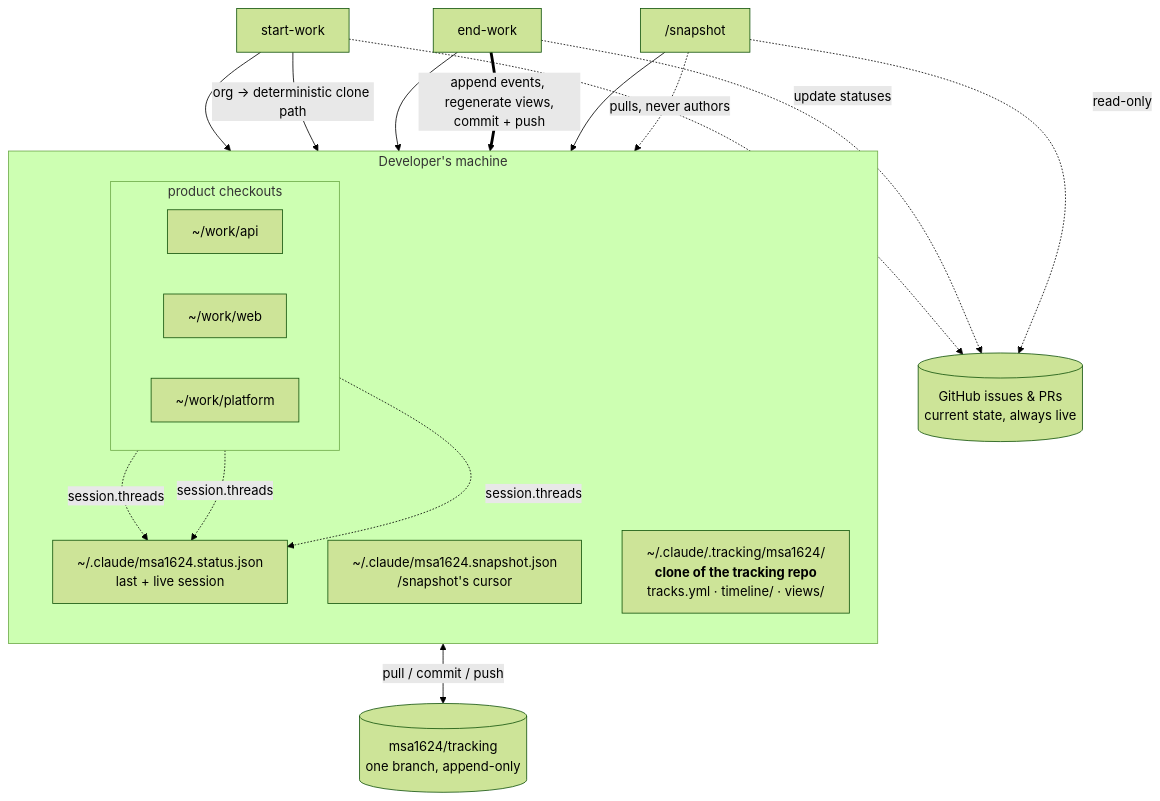
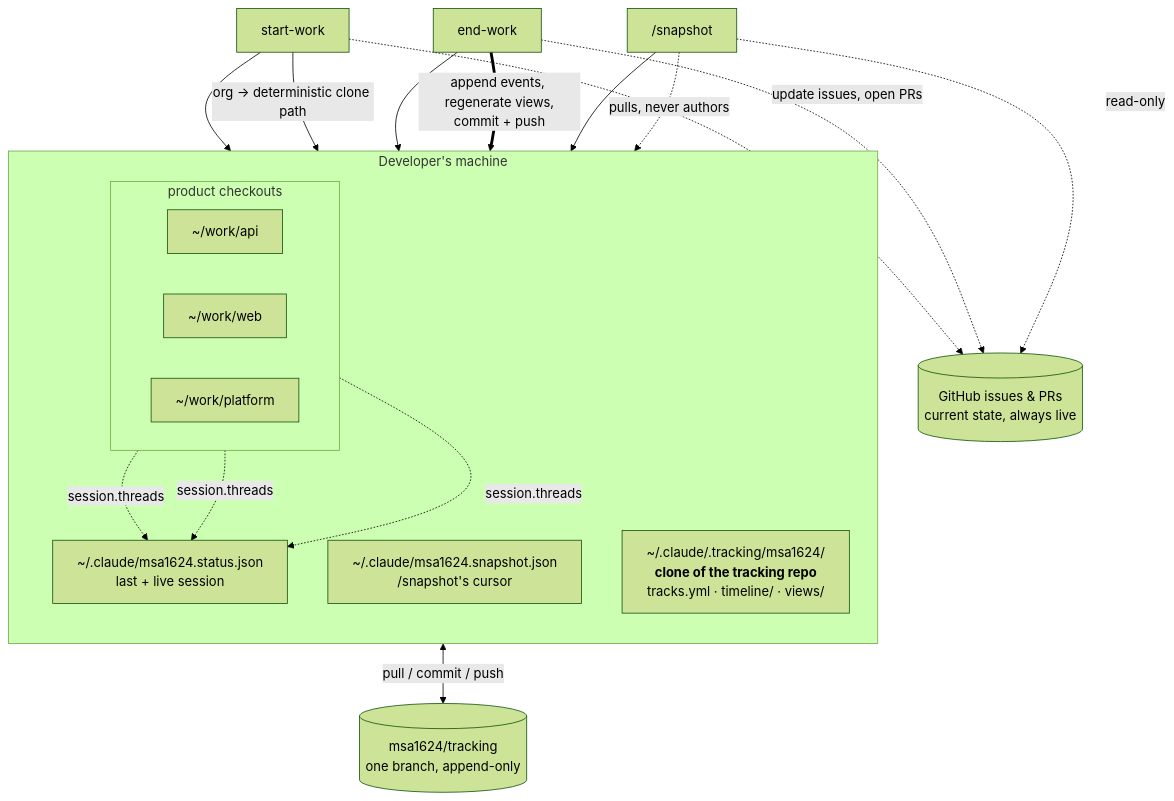
Before and after one commit to alimohammed1624/skills: the first of 8 diagrams in docs/target-workflow.md, drawn with Mermaid (forest theme). The commit also changed other lines of this file and 4 other files, not shown here.

````diff
--- a/docs/target-workflow.md
+++ b/docs/target-workflow.md
@@ -90,33 +107,33 @@
 ```mermaid
 flowchart TB
     subgraph LOCAL["Developer's machine"]
         direction TB
         subgraph WORK["product checkouts"]
             direction LR
             P1["~/work/api"]
             P2["~/work/web"]
             P3["~/work/platform"]
         end
         STATUS["~/.claude/msa1624.status.json<br/>last + live session"]
         SNAP["~/.claude/msa1624.snapshot.json<br/>/snapshot's cursor"]
         CLONE["~/.claude/.tracking/msa1624/<br/><b>clone of the tracking repo</b><br/>tracks.yml · timeline/ · views/"]
     end
 
     REMOTE[("msa1624/tracking<br/>one branch, append-only")]
     GH[("GitHub issues &amp; PRs<br/>current state, always live")]
 
     P1 -.->|session.threads| STATUS
     P2 -.->|session.threads| STATUS
     P3 -.->|session.threads| STATUS
     CLONE <-->|pull / commit / push| REMOTE
 
     SW[start-work] --> STATUS
     SW -->|org → deterministic clone path| CLONE
     SW -.-> GH
     EW[end-work] --> STATUS
     EW ==>|append events, regenerate views,<br/>commit + push| CLONE
-    EW -.->|update statuses| GH
+    EW -.->|update issues, open PRs| GH
     PS["/snapshot"] --> SNAP
     PS -.->|pulls, never authors| CLONE
     PS -.->|read-only| GH
 ```
````
